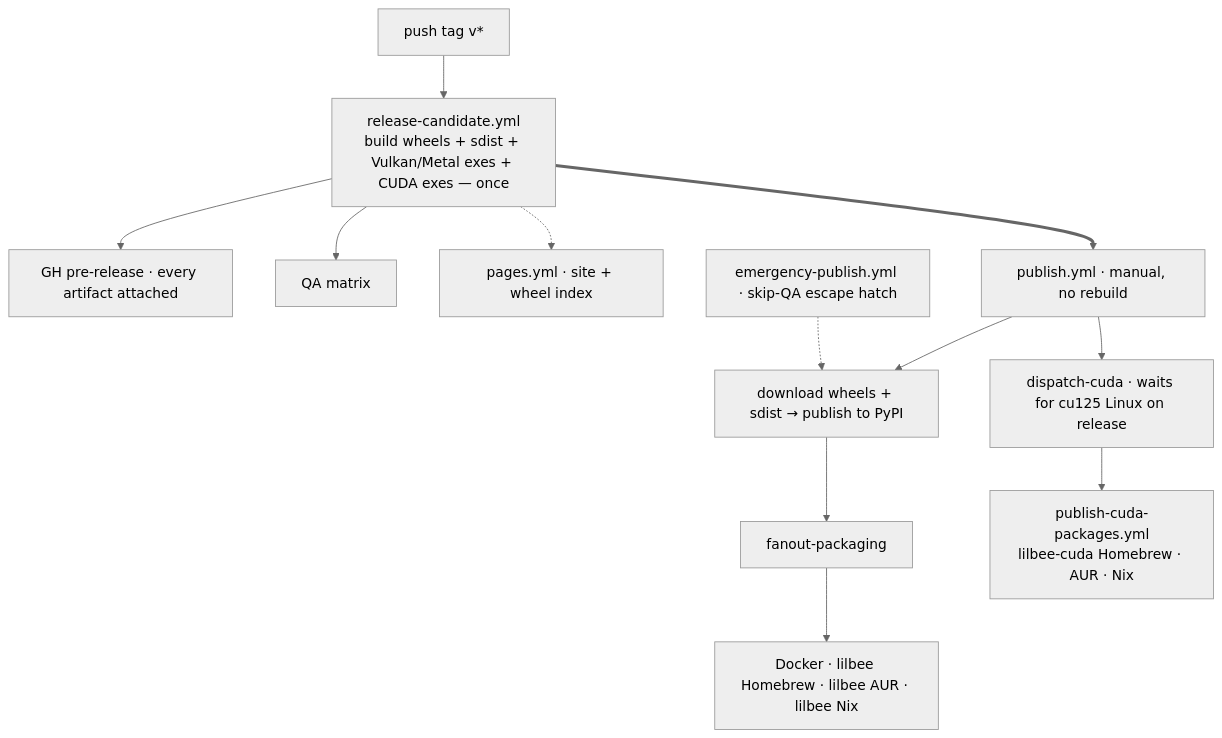
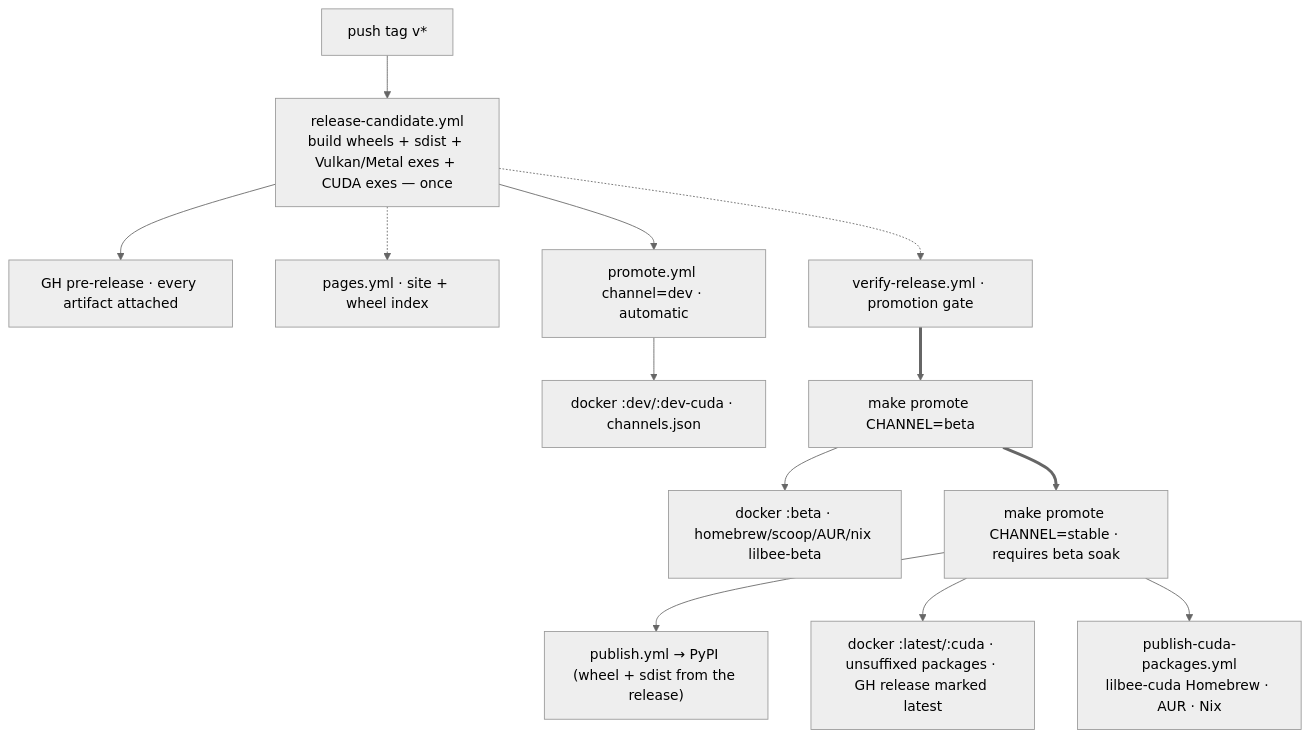
Before and after one commit to tobocop2/lilbee: diagram 11 of 11 in docs/architecture.md, drawn with Mermaid (neutral theme). The commit also changed other lines of this file and 24 other files, not shown here.

````diff
--- a/docs/architecture.md
+++ b/docs/architecture.md
@@ -1020,14 +1020,15 @@
 ```mermaid
 flowchart TB
     TAG["push tag v*"] --> RC["release-candidate.yml<br/>build wheels + sdist + Vulkan/Metal exes + CUDA exes — once"]
     RC --> PRE["GH pre-release · every artifact attached"]
-    RC --> QA["QA matrix"]
     RC -.-> PAGES["pages.yml · site + wheel index"]
-    RC ==> PUB["publish.yml · manual, no rebuild"]
-    PUB --> PYPI["download wheels + sdist → publish to PyPI"]
-    PYPI --> FAN["fanout-packaging"]
-    FAN --> PKG["Docker · lilbee Homebrew · lilbee AUR · lilbee Nix"]
-    PUB --> CUDAFAN["dispatch-cuda · waits for cu125 Linux on release"]
-    CUDAFAN --> CUDAPKG["publish-cuda-packages.yml<br/>lilbee-cuda Homebrew · AUR · Nix"]
-    EMG["emergency-publish.yml · skip-QA escape hatch"] -.-> PYPI
+    RC --> DEV["promote.yml channel=dev · automatic"]
+    DEV --> DEVOUT["docker :dev/:dev-cuda · channels.json"]
+    RC -.-> VER["verify-release.yml · promotion gate"]
+    VER ==> BETA["make promote CHANNEL=beta"]
+    BETA --> BETAOUT["docker :beta · homebrew/scoop/AUR/nix lilbee-beta"]
+    BETA ==> STABLE["make promote CHANNEL=stable · requires beta soak"]
+    STABLE --> PYPI["publish.yml → PyPI (wheel + sdist from the release)"]
+    STABLE --> STABLEOUT["docker :latest/:cuda · unsuffixed packages · GH release marked latest"]
+    STABLE --> CUDAPKG["publish-cuda-packages.yml<br/>lilbee-cuda Homebrew · AUR · Nix"]
 ```
````
